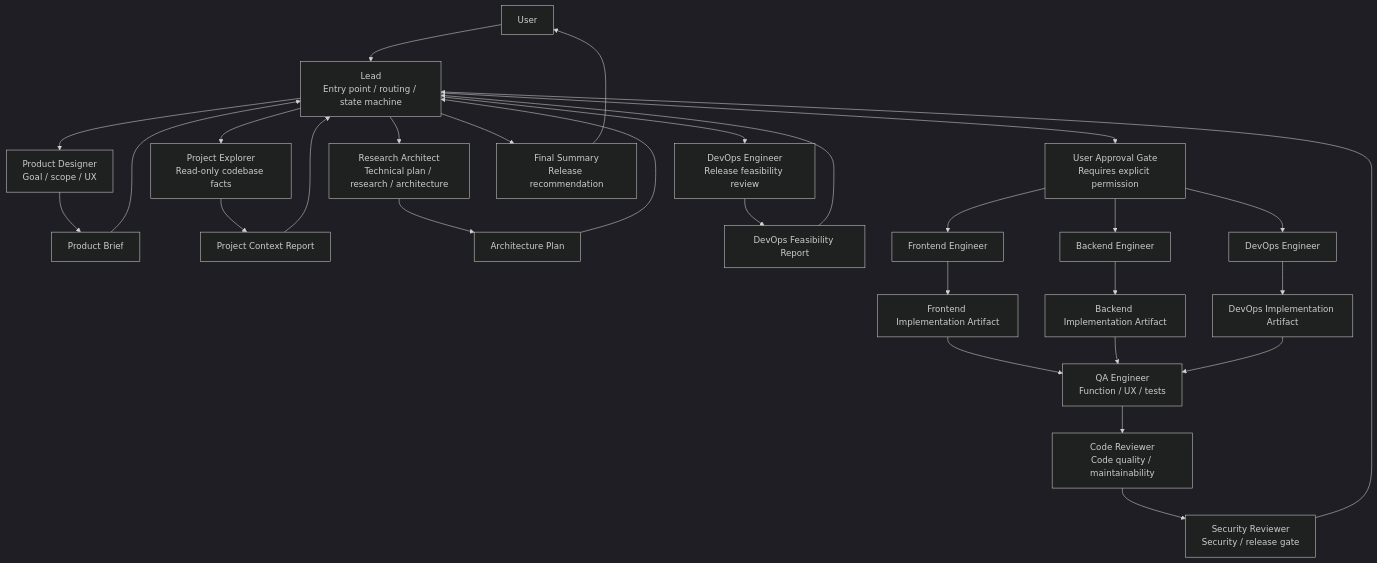
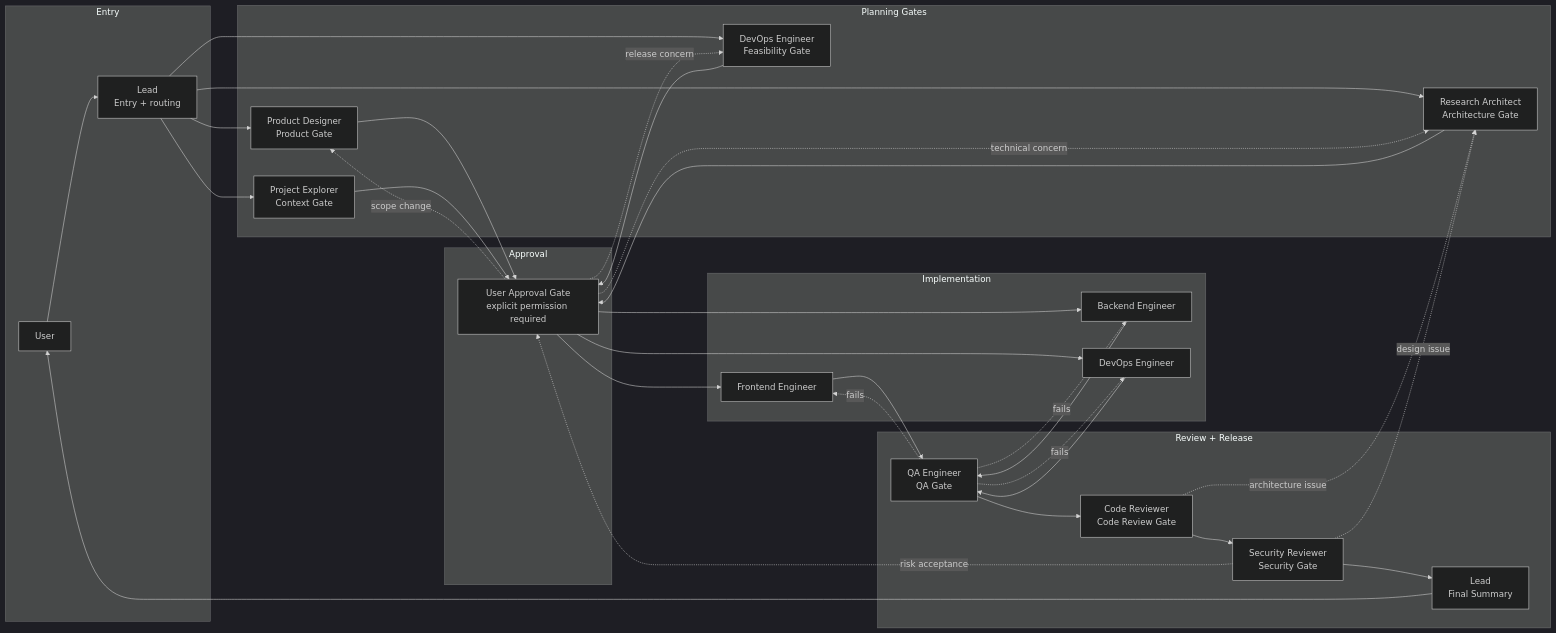
One commit to ty-testty/Agents-team changed the first of 3 diagrams in ARCHITECTURE.md. Above: the diagram before and after it, drawn with Mermaid (dark theme). The commit also changed other lines of this file, not shown here.

Commit message:
Update architecture diagrams

````diff
--- a/ARCHITECTURE.md
+++ b/ARCHITECTURE.md
@@ -9,40 +11,65 @@
 ```mermaid
-flowchart TB
-    U["User"] --> L["Lead<br/>Entry point / routing / state machine"]
+flowchart LR
+    subgraph Entry["Entry"]
+        U["User"]
+        L["Lead<br/>Entry + routing"]
+    end
 
-    L --> PD["Product Designer<br/>Goal / scope / UX"]
-    L --> PE["Project Explorer<br/>Read-only codebase facts"]
-    L --> RA["Research Architect<br/>Technical plan / research / architecture"]
-    L --> DO1["DevOps Engineer<br/>Release feasibility review"]
+    subgraph Planning["Planning Gates"]
+        PD["Product Designer<br/>Product Gate"]
+        PE["Project Explorer<br/>Context Gate"]
+        RA["Research Architect<br/>Architecture Gate"]
+        DEVF["DevOps Engineer<br/>Feasibility Gate"]
+    end
 
-    PD --> A1["Product Brief"]
-    PE --> A2["Project Context Report"]
-    RA --> A3["Architecture Plan"]
-    DO1 --> A4["DevOps Feasibility Report"]
+    subgraph Approval["Approval"]
+        APPR["User Approval Gate<br/>explicit permission required"]
+    end
 
-    A1 --> L
-    A2 --> L
-    A3 --> L
-    A4 --> L
+    subgraph Implementation["Implementation"]
+        FE["Frontend Engineer"]
+        BE["Backend Engineer"]
+        DEVI["DevOps Engineer"]
+    end
 
-    L --> G["User Approval Gate<br/>Requires explicit permission"]
+    subgraph Review["Review + Release"]
+        QA["QA Engineer<br/>QA Gate"]
+        CR["Code Reviewer<br/>Code Review Gate"]
+        SR["Security Reviewer<br/>Security Gate"]
+        FINAL["Lead<br/>Final Summary"]
+    end
 
-    G --> FE["Frontend Engineer"]
-    G --> BE["Backend Engineer"]
-    G --> DO2["DevOps Engineer"]
+    U --> L
+    L --> PD
+    L --> PE
+    L --> RA
+    L --> DEVF
 
-    FE --> I1["Frontend Implementation Artifact"]
-    BE --> I2["Backend Implementation Artifact"]
-    DO2 --> I3["DevOps Implementation Artifact"]
+    PD --> APPR
+    PE --> APPR
+    RA --> APPR
+    DEVF --> APPR
 
-    I1 --> QA["QA Engineer<br/>Function / UX / tests"]
-    I2 --> QA
-    I3 --> QA
+    APPR --> FE
+    APPR --> BE
+    APPR --> DEVI
 
-    QA --> CR["Code Reviewer<br/>Code quality / maintainability"]
-    CR --> SR["Security Reviewer<br/>Security / release gate"]
+    FE --> QA
+    BE --> QA
+    DEVI --> QA
 
-    SR --> L
-    L --> F["Final Summary<br/>Release recommendation"]
-    F --> U
+    QA --> CR
+    CR --> SR
+    SR --> FINAL
+    FINAL --> U
+
+    APPR -. scope change .-> PD
+    APPR -. technical concern .-> RA
+    APPR -. release concern .-> DEVF
+    QA -. fails .-> FE
+    QA -. fails .-> BE
+    QA -. fails .-> DEVI
+    CR -. architecture issue .-> RA
+    SR -. risk acceptance .-> APPR
+    SR -. design issue .-> RA
 ```
````
